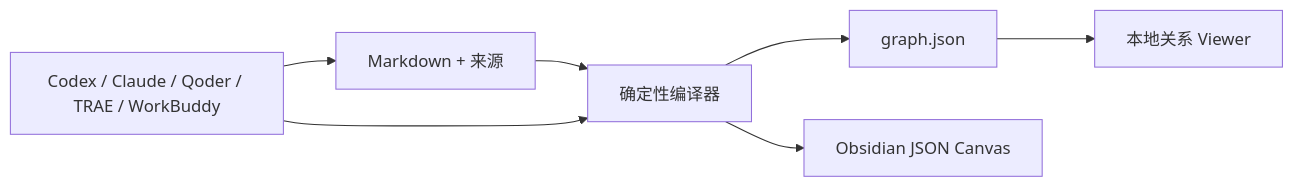
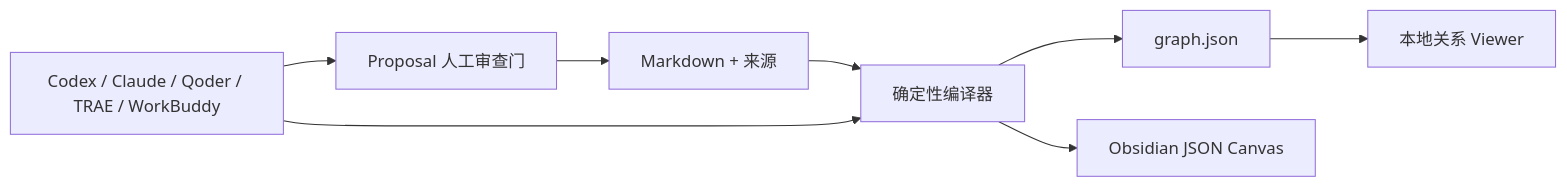
Before and after one commit to chicogong/llm-wiki-canvas: the diagram in README.zh-CN.md, drawn with Mermaid. The commit also changed other lines of this file and 21 other files, not shown here.

````diff
--- a/README.zh-CN.md
+++ b/README.zh-CN.md
@@ -148,9 +161,10 @@
 ```mermaid
 flowchart LR
   M["Markdown + 来源"] --> C["确定性编译器"]
   C --> G["graph.json"]
   C --> J["Obsidian JSON Canvas"]
   G --> V["本地关系 Viewer"]
-  S["Codex / Claude / Qoder / TRAE / WorkBuddy"] --> M
+  S["Codex / Claude / Qoder / TRAE / WorkBuddy"] --> P["Proposal 人工审查门"]
+  P --> M
   S --> C
 ```
````
